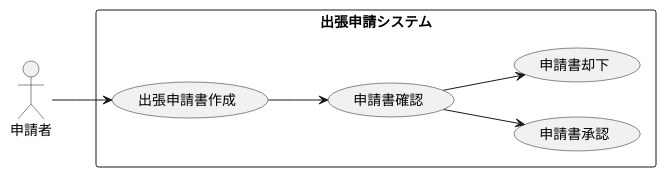
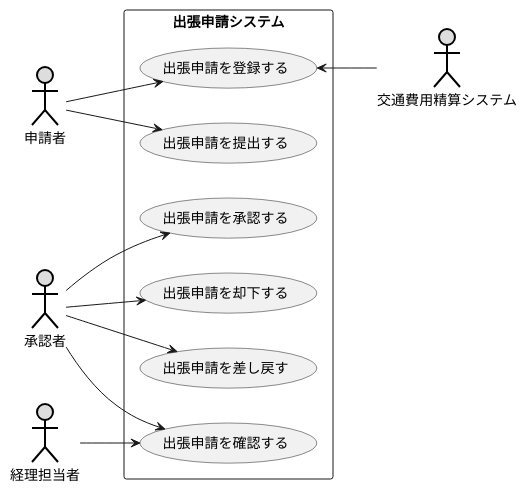
The diagram in 演習2-1_出張申請.pu (tsunokake21/UML_introduction), drawn with PlantUML before and after one commit.

Commit message:
新規作成

```diff
--- a/演習2-1_出張申請.pu
+++ b/演習2-1_出張申請.pu
@@ -1,15 +1,23 @@
 @startuml 出張
 left to right direction
-skinparam packageStyle rect
-actor 申請者 as a
+actor 申請者 #DDDDDD;line:black;line.bold;
+actor 交通費用精算システム #DDDDDD;line:black;line.bold;
+actor 承認者 #DDDDDD;line:black;line.bold;
+actor 経理担当者 #DDDDDD;line:black;line.bold;
 rectangle 出張申請システム {
-  usecase 出張申請書作成 as UC1
-  usecase 申請書確認 as UC2
-  usecase 申請書承認 as UC3
-  usecase 申請書却下 as UC4
-  a --> UC1
-  UC1 --> UC2
-  UC2 --> UC3
-  UC2 --> UC4
+usecase 出張申請を登録する
+usecase 出張申請を提出する
+usecase 出張申請を承認する
+usecase 出張申請を却下する
+usecase 出張申請を差し戻す
+usecase 出張申請を確認する
 }
+申請者 --> 出張申請を登録する
+申請者 --> 出張申請を提出する
+出張申請を登録する <-- 交通費用精算システム
+承認者 --> 出張申請を承認する
+承認者 --> 出張申請を却下する
+承認者 --> 出張申請を差し戻す
+承認者 --> 出張申請を確認する
+経理担当者 --> 出張申請を確認する
 @enduml
```
